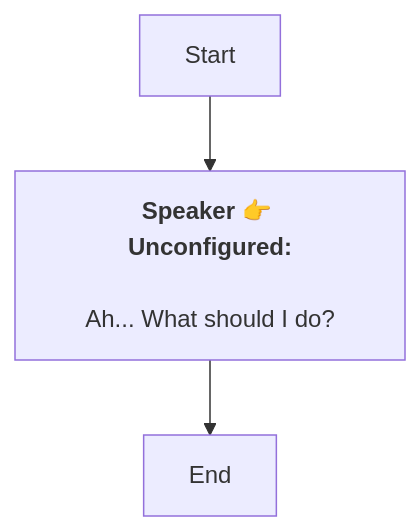
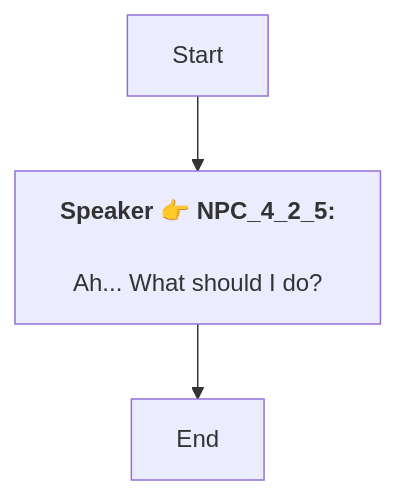
Before and after one commit to SoftHu/tos_avg: the diagram in En/Dialog_54440181104901.md, drawn with Mermaid. The commit also changed 737 other files, not shown here.

````diff
--- a/En/Dialog_54440181104901.md
+++ b/En/Dialog_54440181104901.md
@@ -1,8 +1,7 @@
 ```mermaid
 graph
-Start -->1742085816421699[<b>Speaker 👉 Unconfigured:</b>
-
-Ah... What should I do?]
+Start -->1742085816421699[<b>Speaker 👉 NPC_4_2_5:</b>
+\nAh... What should I do?]
 1742085816421699 -->1742085816421700[End]
 
- ```
+```
````
